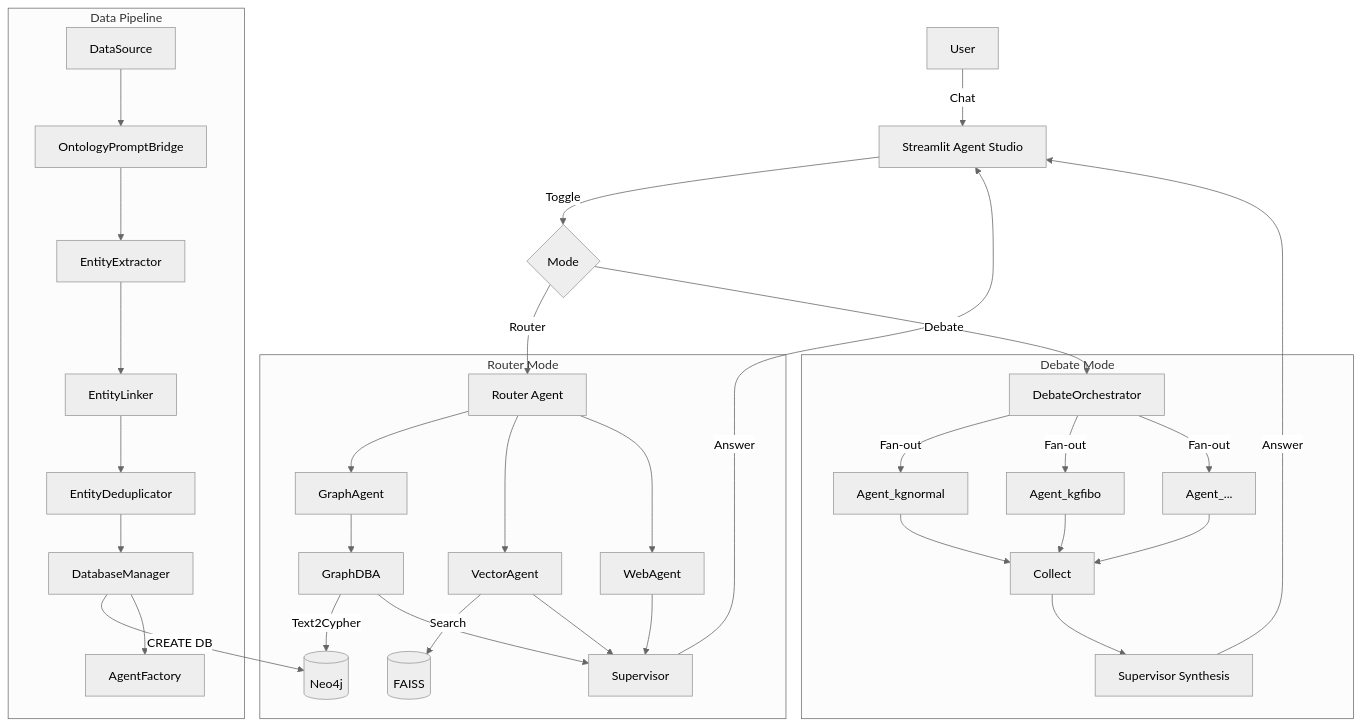
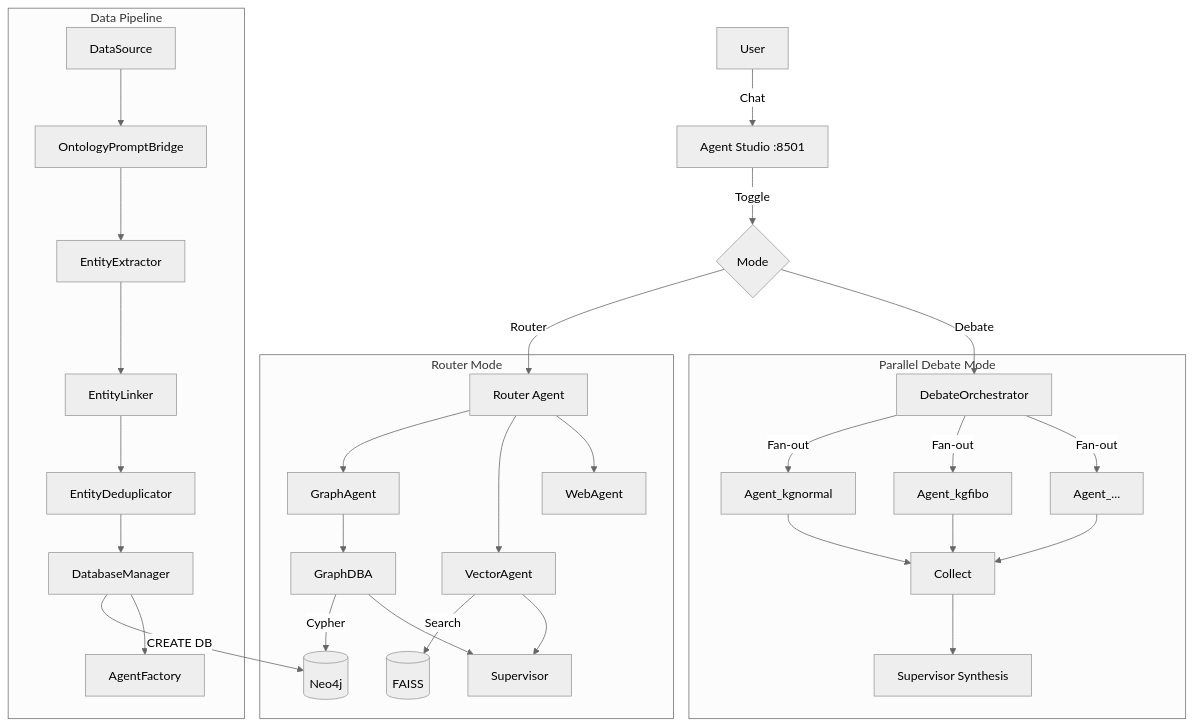
One commit to tteon/seocho changed the diagram in README.md. Above: the diagram before and after it, drawn with Mermaid (neutral theme). The commit also changed other lines of this file and 21 other files, not shown here.

First line of the commit message:
refactor: Clean up stale docs and rewrite README for new architecture

````diff
--- a/README.md
+++ b/README.md
@@ -14,43 +112,39 @@
 ```mermaid
 graph TD
-    User[User] -->|Chat| UI[Streamlit Agent Studio]
+    User[User] -->|Chat| UI[Agent Studio :8501]
     UI -->|Toggle| Mode{Mode}
 
     Mode -->|Router| Router[Router Agent]
     Mode -->|Debate| Debate[DebateOrchestrator]
 
-    subgraph Legacy_Router[Router Mode]
+    subgraph Router_Mode[Router Mode]
         Router --> Graph[GraphAgent]
         Router --> Vector[VectorAgent]
         Router --> Web[WebAgent]
         Graph --> DBA[GraphDBA]
-        DBA -->|Text2Cypher| Neo4j[(Neo4j)]
+        DBA -->|Cypher| Neo4j[(Neo4j)]
         Vector -->|Search| FAISS[(FAISS)]
-        DBA --> Supervisor
-        Vector --> Supervisor
-        Web --> Supervisor[Supervisor]
+        DBA --> Sup1[Supervisor]
+        Vector --> Sup1
     end
 
-    subgraph Parallel_Debate[Debate Mode]
+    subgraph Debate_Mode[Parallel Debate Mode]
         Debate -->|Fan-out| A1[Agent_kgnormal]
         Debate -->|Fan-out| A2[Agent_kgfibo]
         Debate -->|Fan-out| AN[Agent_...]
         A1 --> Collect[Collect]
         A2 --> Collect
         AN --> Collect
-        Collect --> Synth[Supervisor Synthesis]
+        Collect --> Sup2[Supervisor Synthesis]
     end
 
     subgraph Pipeline[Data Pipeline]
         DS[DataSource] --> Bridge[OntologyPromptBridge]
         Bridge --> Extract[EntityExtractor]
         Extract --> Link[EntityLinker]
         Link --> Dedup[EntityDeduplicator]
         Dedup --> DBM[DatabaseManager]
         DBM -->|CREATE DB| Neo4j
         DBM --> AF[AgentFactory]
     end
-
-    Supervisor -->|Answer| UI
-    Synth -->|Answer| UI
 ```
````
